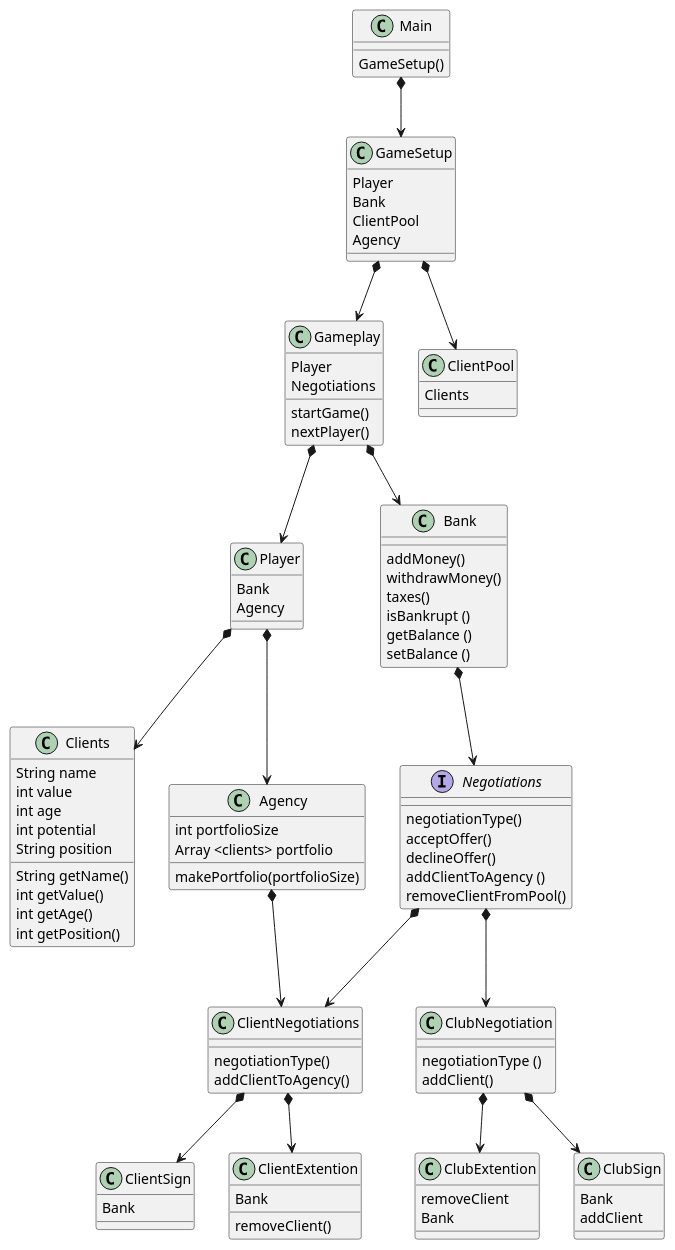
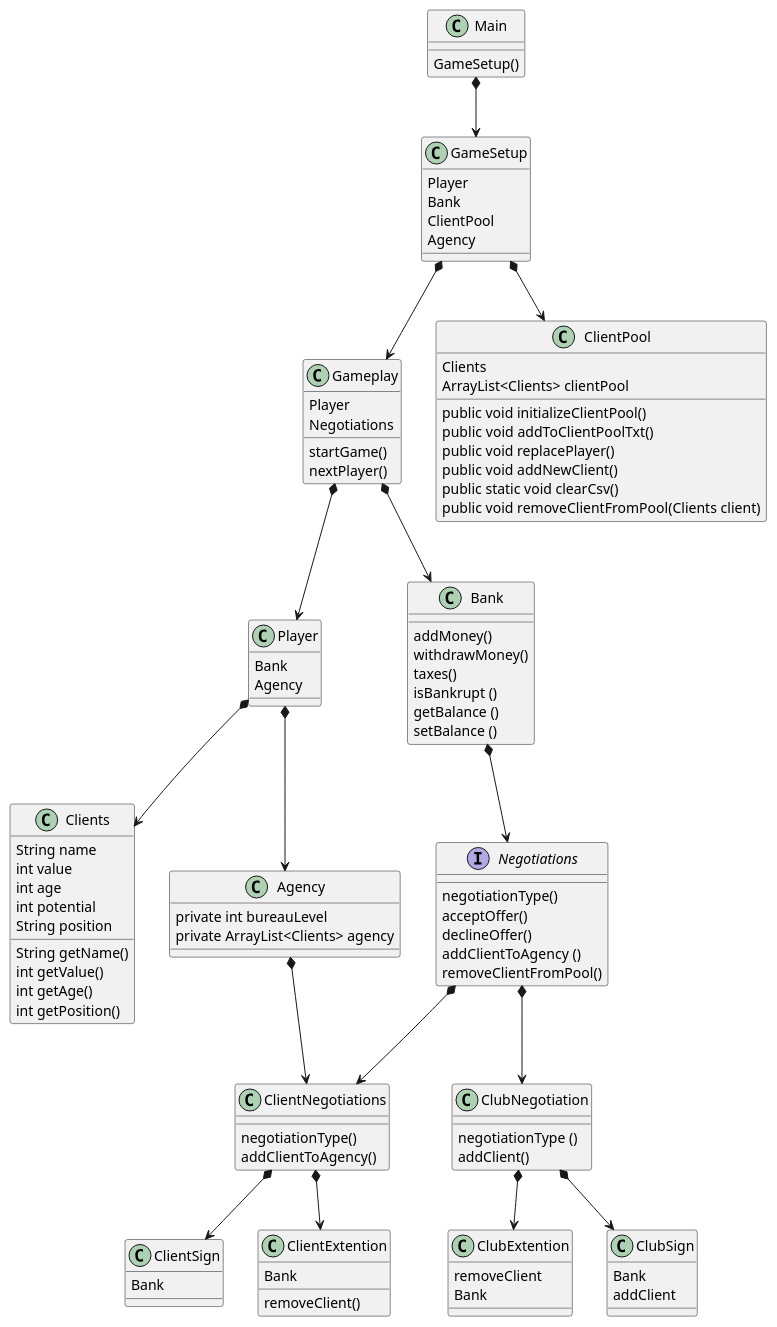
One commit to havvand/ICE_Project changed the diagram in out/production/ICE_Project/Diagrams/Class Diagram.puml. Above: the diagram before and after it, drawn with PlantUML. The commit also changed 7 other files, not shown here.

```diff
--- a/out/production/ICE_Project/Diagrams/Class Diagram.puml
+++ b/out/production/ICE_Project/Diagrams/Class Diagram.puml
@@ -1,119 +1,126 @@
 @startuml
 'https://plantuml.com/class-diagram
 
 Main *--> GameSetup
 GameSetup *--> Gameplay
 GameSetup *--> ClientPool
 Gameplay *--> Player
 Gameplay *--> Bank
 Bank *--> Negotiations
 Negotiations *--> ClientNegotiations
 Negotiations *--> ClubNegotiation
 ClientNegotiations *--> ClientSign
 ClientNegotiations *--> ClientExtention
 ClubNegotiation *--> ClubExtention
 ClubNegotiation *--> ClubSign
 Player *--> Clients
 Player *--> Agency
 Agency *--> ClientNegotiations
 
 class Main {
 GameSetup()
 }
 
 class GameSetup{
 Player
 Bank
 ClientPool
 Agency
 }
 
 class Gameplay {
 Player
 Negotiations
 startGame()
 nextPlayer()
 }
 class Player {
 Bank
 Agency
 }
 
 class ClientPool {
 Clients
+ArrayList<Clients> clientPool
+public void initializeClientPool()
+public void addToClientPoolTxt()
+public void replacePlayer()
+public void addNewClient()
+public static void clearCsv()
+public void removeClientFromPool(Clients client)
+
 }
 
 
 interface Negotiations{
 negotiationType()
 acceptOffer()
 declineOffer()
 addClientToAgency ()
 removeClientFromPool()
 }
 
 class ClientNegotiations{
 negotiationType()
 addClientToAgency()
 }
 class ClubNegotiation{
 negotiationType ()
 addClient()
 
 }
 class Bank{
 addMoney()
 withdrawMoney()
 taxes()
 isBankrupt ()
 getBalance ()
 setBalance ()
 }
 
 class Clients{
 String name
 int value
 int age
 int potential
 String position
 String getName()
 int getValue()
 int getAge()
 int getPosition()
 }
 
 class Agency{
-int portfolioSize
-Array <clients> portfolio
-makePortfolio(portfolioSize)
+private int bureauLevel
+private ArrayList<Clients> agency
 
 
 }
 class ClientSign{
 Bank
 }
 
 class ClientExtention{
 Bank
 removeClient()
 }
 
 class ClubSign{
 Bank
 addClient
 }
 
 class ClubExtention{
 removeClient
 Bank
 }
 
 
 
 
 
 
 
 
 
 @enduml
```
